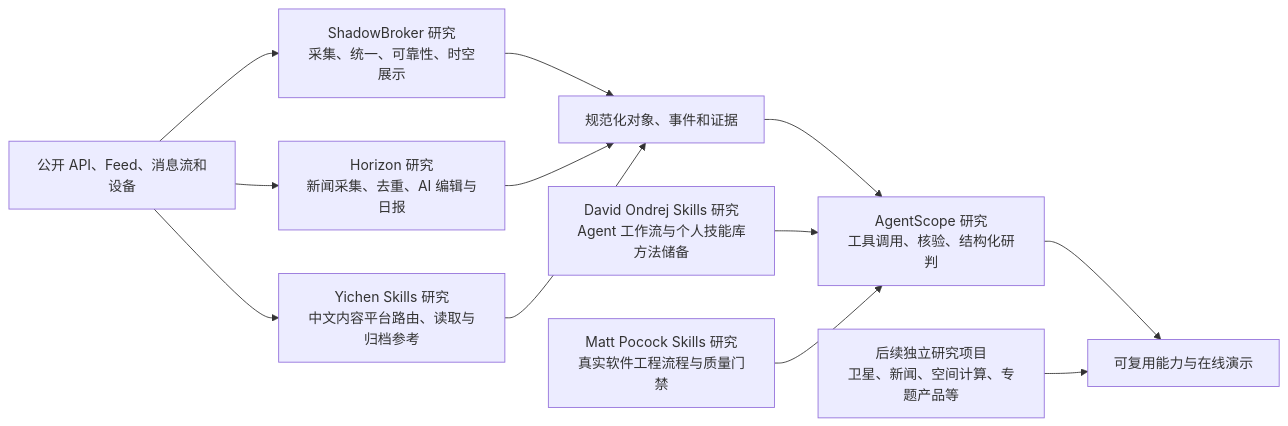
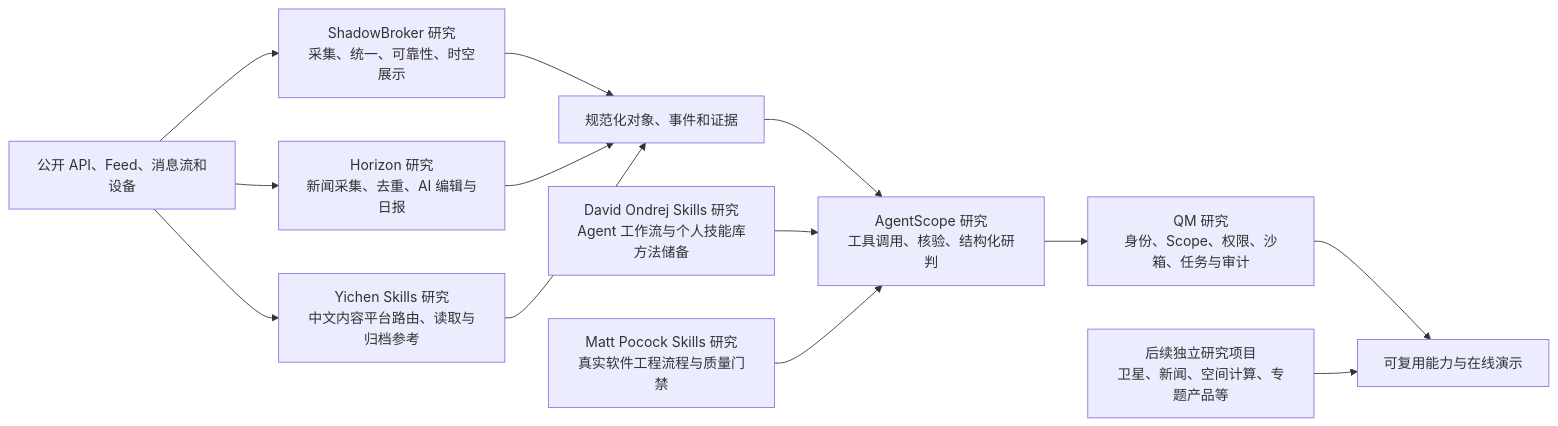
One commit to yydshly/0807_githubcode_study changed the diagram in README.md. Above: the diagram before and after it, drawn with Mermaid. The commit also changed other lines of this file and 10 other files, not shown here.

Commit message:
add QM architecture research

````diff
--- a/README.md
+++ b/README.md
@@ -26,19 +27,21 @@
 ```mermaid
 flowchart LR
     A["公开 API、Feed、消息流和设备"]
     B["ShadowBroker 研究<br/>采集、统一、可靠性、时空展示"]
     H["Horizon 研究<br/>新闻采集、去重、AI 编辑与日报"]
     Y["Yichen Skills 研究<br/>中文内容平台路由、读取与归档参考"]
     S["David Ondrej Skills 研究<br/>Agent 工作流与个人技能库方法储备"]
     M["Matt Pocock Skills 研究<br/>真实软件工程流程与质量门禁"]
+    Q["QM 研究<br/>身份、Scope、权限、沙箱、任务与审计"]
     C["规范化对象、事件和证据"]
     D["AgentScope 研究<br/>工具调用、核验、结构化研判"]
     F["后续独立研究项目<br/>卫星、新闻、空间计算、专题产品等"]
     E["可复用能力与在线演示"]
-    A --> B --> C --> D --> E
+    A --> B --> C --> D
     A --> H --> C
     A --> Y --> C
     S --> D
     M --> D
+    D --> Q --> E
     F --> E
 ```
````
